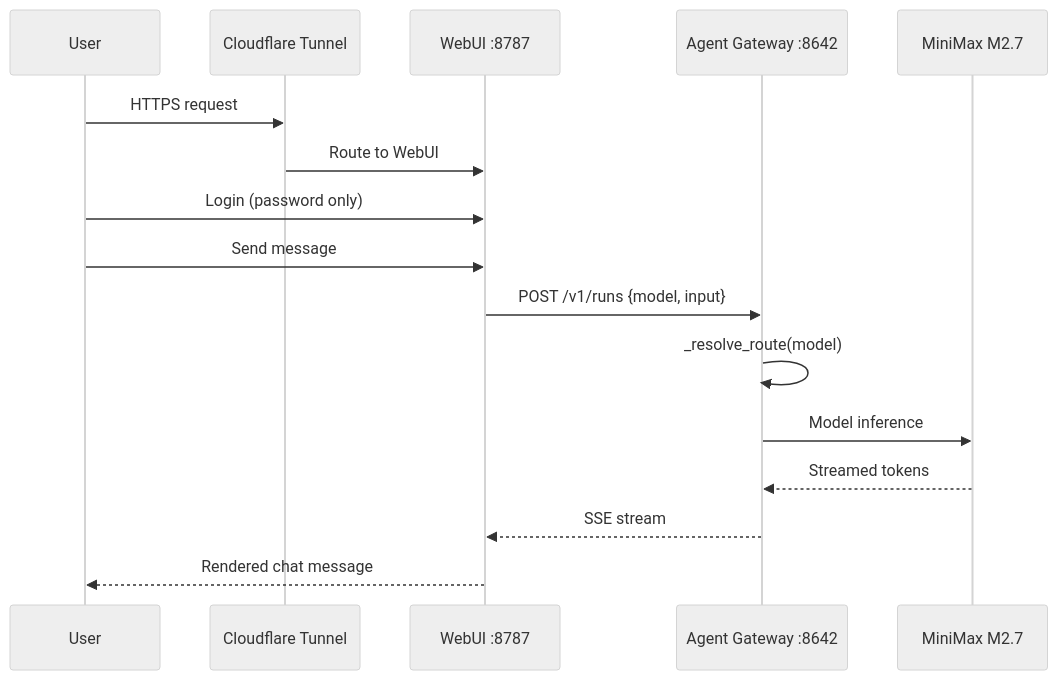
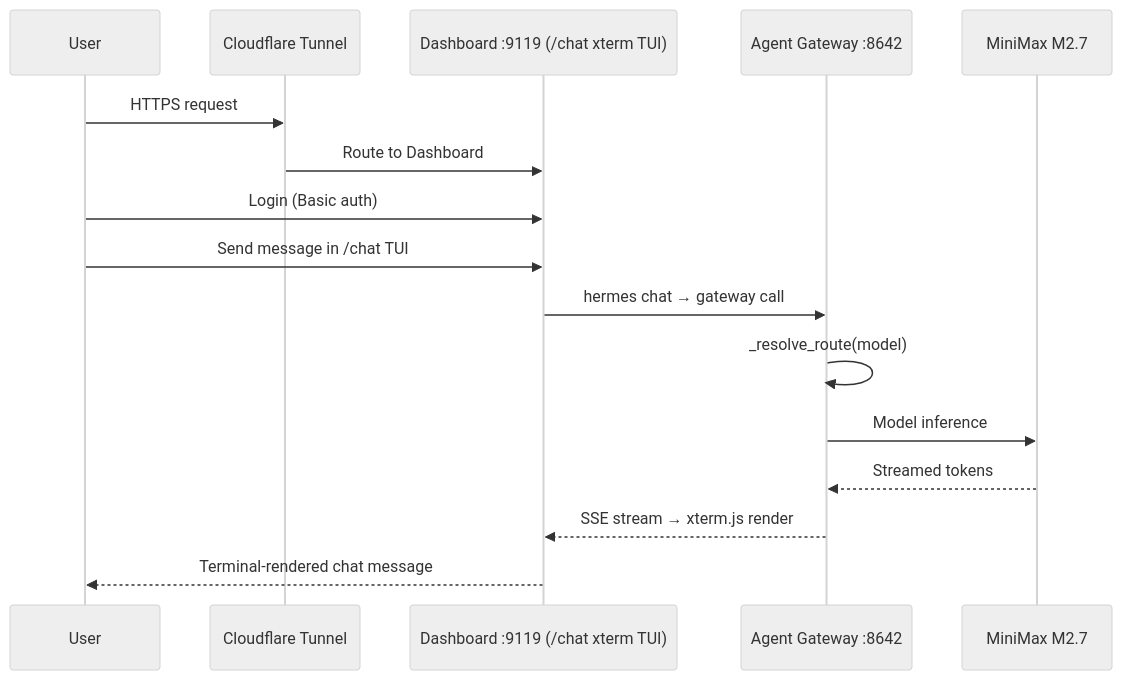
Before and after one commit to WOOWTECH/Woow_k3s_hermes: the third of 5 diagrams in README.md, drawn with Mermaid (neutral theme). The commit also changed other lines of this file and 4 other files, not shown here.

First line of the commit message:
docs: single-container architecture — README EN/ZH, troubleshooting rewrite, migration guide

````diff
--- a/README.md
+++ b/README.md
@@ -170,19 +167,19 @@
 ```mermaid
 sequenceDiagram
     participant U as User
     participant CF as Cloudflare Tunnel
-    participant WUI as WebUI :8787
+    participant DASH as Dashboard :9119 (/chat xterm TUI)
     participant GW as Agent Gateway :8642
     participant LLM as MiniMax M2.7
 
     U->>CF: HTTPS request
-    CF->>WUI: Route to WebUI
-    U->>WUI: Login (password only)
-    U->>WUI: Send message
-    WUI->>GW: POST /v1/runs {model, input}
+    CF->>DASH: Route to Dashboard
+    U->>DASH: Login (Basic auth)
+    U->>DASH: Send message in /chat TUI
+    DASH->>GW: hermes chat → gateway call
     GW->>GW: _resolve_route(model)
     GW->>LLM: Model inference
     LLM-->>GW: Streamed tokens
-    GW-->>WUI: SSE stream
-    WUI-->>U: Rendered chat message
+    GW-->>DASH: SSE stream → xterm.js render
+    DASH-->>U: Terminal-rendered chat message
 ```
````
